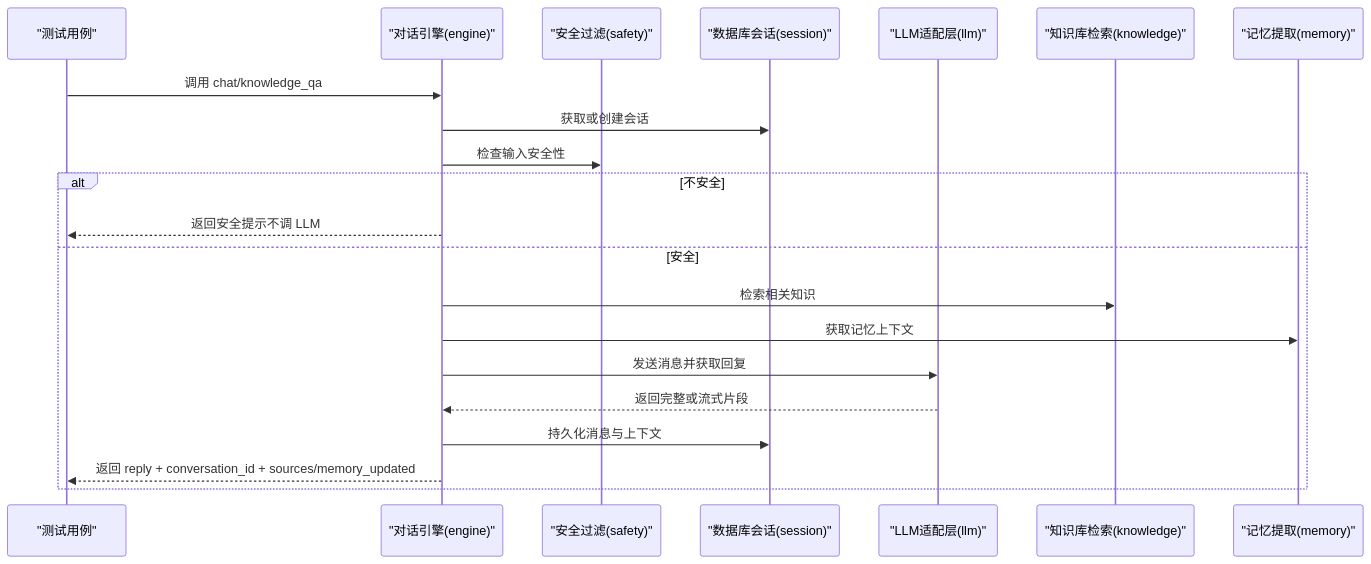
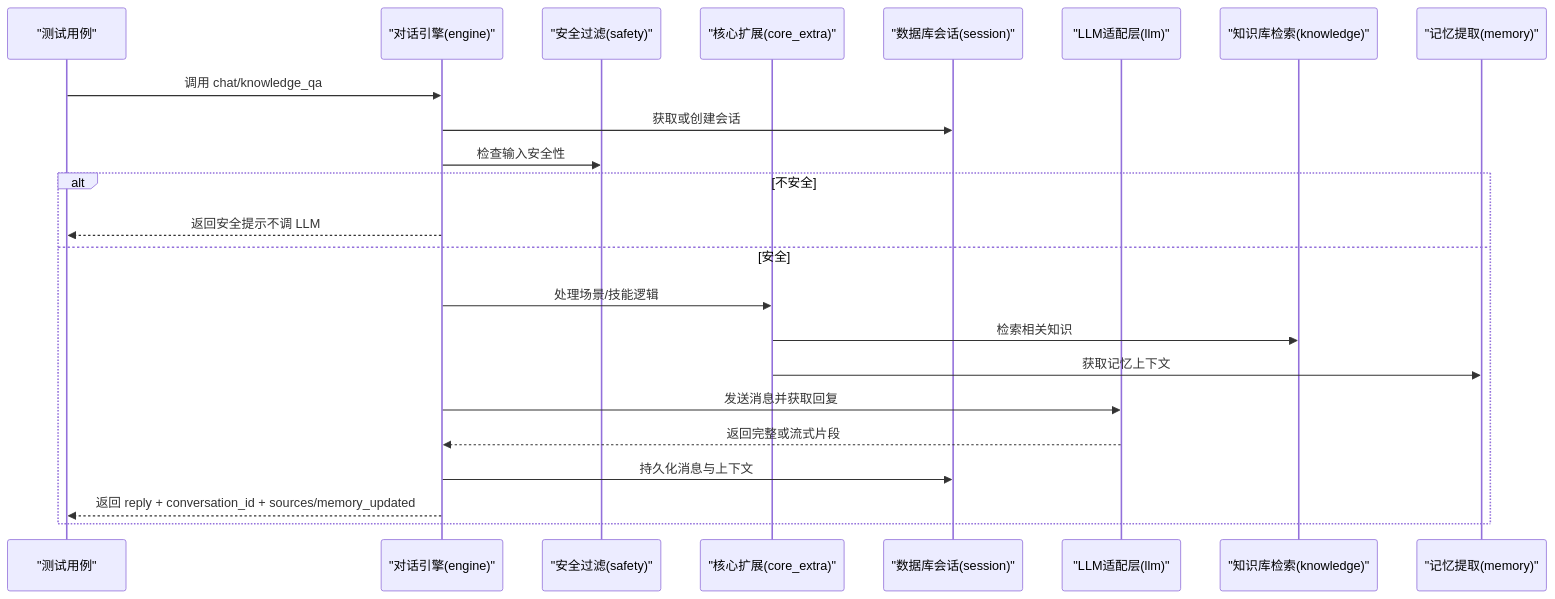
The second of 9 diagrams in .qoder/repowiki/zh/content/测试策略/单元测试.md (peace-lab-global/hush.ai), drawn with Mermaid before and after one commit. The commit also changed other lines of this file and 47 other files, not shown here.

````diff
--- a/.qoder/repowiki/zh/content/测试策略/单元测试.md
+++ b/.qoder/repowiki/zh/content/测试策略/单元测试.md
@@ -147,23 +172,25 @@
 ```mermaid
 sequenceDiagram
 participant Test as "测试用例"
 participant Engine as "对话引擎(engine)"
 participant Safety as "安全过滤(safety)"
+participant CoreExtra as "核心扩展(core_extra)"
 participant DB as "数据库会话(session)"
 participant LLM as "LLM适配层(llm)"
 participant KB as "知识库检索(knowledge)"
 participant Mem as "记忆提取(memory)"
 Test->>Engine : 调用 chat/knowledge_qa
 Engine->>DB : 获取或创建会话
 Engine->>Safety : 检查输入安全性
 alt 不安全
 Engine-->>Test : 返回安全提示不调 LLM
 else 安全
-Engine->>KB : 检索相关知识
-Engine->>Mem : 获取记忆上下文
+Engine->>CoreExtra : 处理场景/技能逻辑
+CoreExtra->>KB : 检索相关知识
+CoreExtra->>Mem : 获取记忆上下文
 Engine->>LLM : 发送消息并获取回复
 LLM-->>Engine : 返回完整或流式片段
 Engine->>DB : 持久化消息与上下文
 Engine-->>Test : 返回 reply + conversation_id + sources/memory_updated
 end
 ```
````
